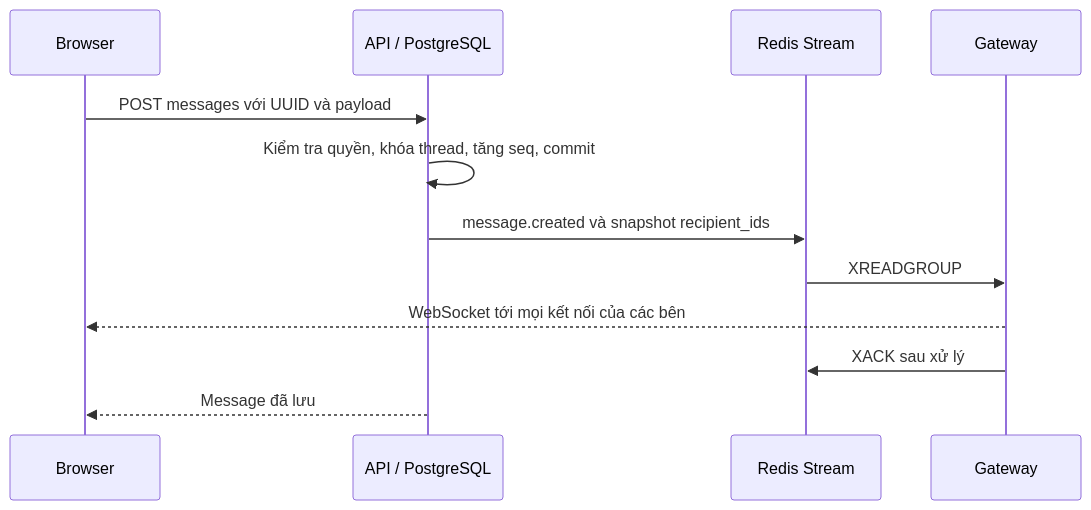
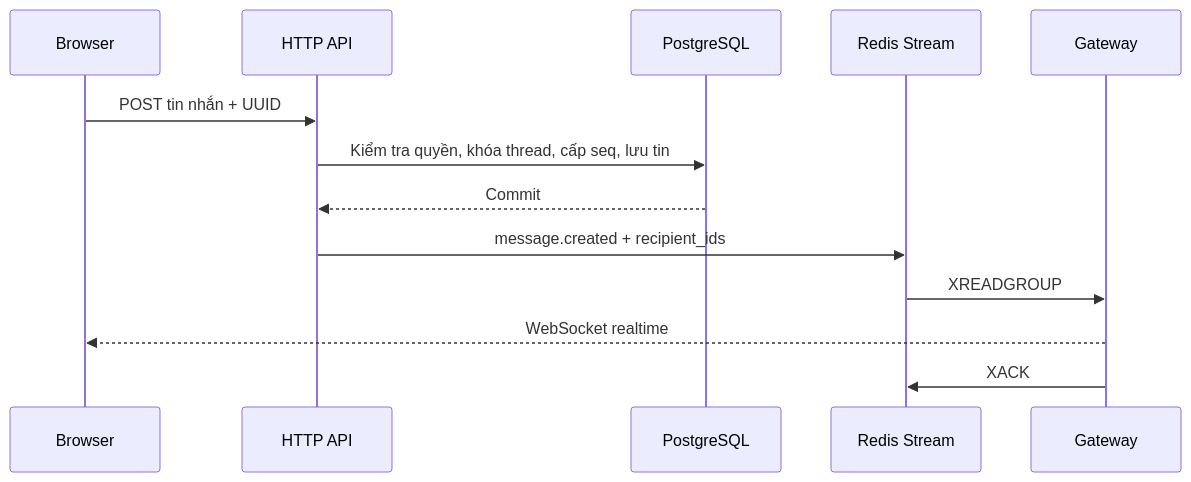
The second of 2 diagrams in README.md (daoquocdai/Project_IT4409), drawn with Mermaid before and after one commit. The commit also changed other lines of this file and 20 other files, not shown here.

````diff
--- a/README.md
+++ b/README.md
@@ -145,14 +39,15 @@
 ```mermaid
 sequenceDiagram
     participant C as Browser
-    participant A as API / PostgreSQL
+    participant A as HTTP API
+    participant P as PostgreSQL
     participant R as Redis Stream
     participant G as Gateway
-    C->>A: POST messages với UUID và payload
-    A->>A: Kiểm tra quyền, khóa thread, tăng seq, commit
-    A->>R: message.created và snapshot recipient_ids
+    C->>A: POST tin nhắn + UUID
+    A->>P: Kiểm tra quyền, khóa thread, cấp seq, lưu tin
+    P-->>A: Commit
+    A->>R: message.created + recipient_ids
     R->>G: XREADGROUP
-    G-->>C: WebSocket tới mọi kết nối của các bên
-    G->>R: XACK sau xử lý
-    A-->>C: Message đã lưu
+    G-->>C: WebSocket realtime
+    G->>R: XACK
 ```
````
